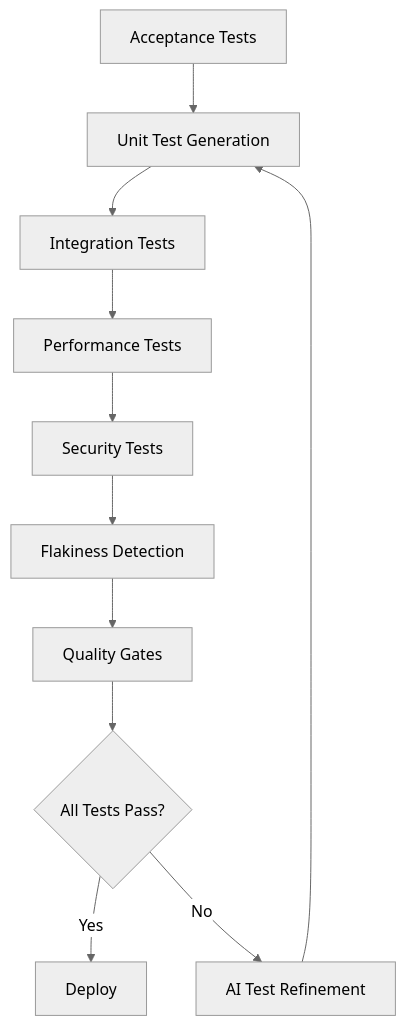
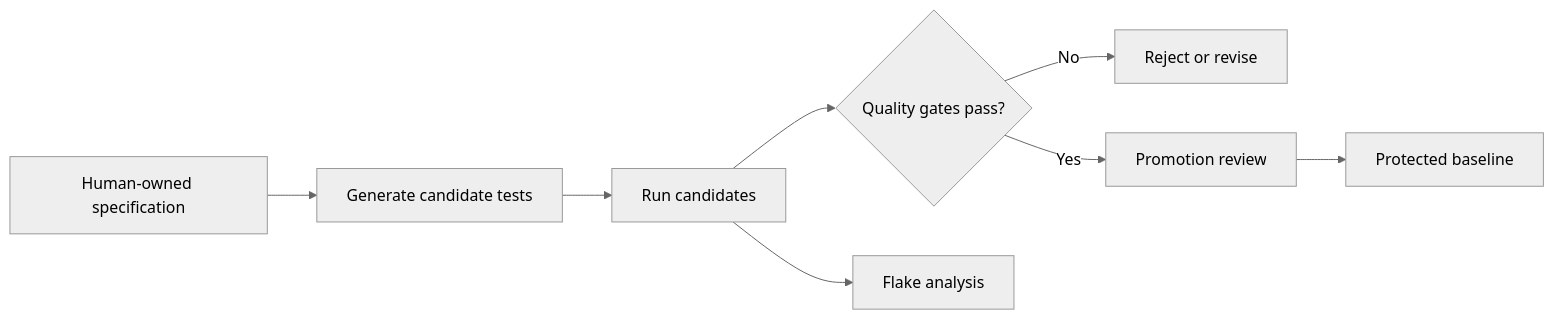
Before and after one commit to PaulDuvall/ai-development-patterns: the first of 2 diagrams in experiments/README.md, drawn with Mermaid (neutral theme). The commit also changed other lines of this file and 140 other files, not shown here.

````diff
--- a/experiments/README.md
+++ b/experiments/README.md
@@ -163,13 +113,10 @@
 ```mermaid
-graph TD
-    A[Acceptance Tests] --> B[Unit Test Generation]
-    B --> C[Integration Tests]
-    C --> D[Performance Tests]
-    D --> E[Security Tests]
-    E --> F[Flakiness Detection]
-    F --> G[Quality Gates]
-    G --> H{All Tests Pass?}
-    H -->|Yes| I[Deploy]
-    H -->|No| J[AI Test Refinement]
-    J --> B
+graph LR
+    S[Human-owned specification] --> G[Generate candidate tests]
+    G --> R[Run candidates]
+    R --> Q{Quality gates pass?}
+    Q -->|No| X[Reject or revise]
+    Q -->|Yes| P[Promotion review]
+    P --> B[Protected baseline]
+    R --> F[Flake analysis]
 ```
````
